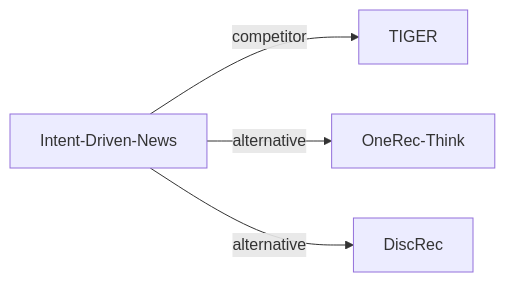
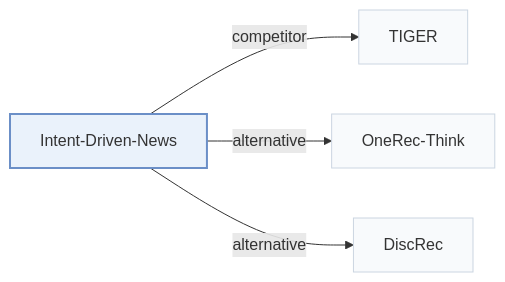
The second of 2 diagrams in pages/papers/intent-driven-news.md (Galaxy-ghost/Awesome-SID-Generative-Rec), drawn with Mermaid before and after one commit. The commit also changed other lines of this file and 649 other files, not shown here.

Commit message:
writer-05: also tags and modality index (schema, check, build, visuals); summary field removed; calibration data for 12 papers

````diff
--- a/pages/papers/intent-driven-news.md
+++ b/pages/papers/intent-driven-news.md
@@ -68,7 +74,11 @@
 ```mermaid
 flowchart LR
     P["Intent-Driven-News"]
-    P -->|competitor| A["TIGER"]
-    P -->|alternative| B["OneRec-Think"]
-    P -->|alternative| C["DiscRec"]
+    P -->|"competitor"| A["TIGER"]
+    P -->|"alternative"| B["OneRec-Think"]
+    P -->|"alternative"| C["DiscRec"]
+    classDef main fill:#eaf2fb,stroke:#6b8fc7,stroke-width:2px
+    classDef peer fill:#f8fafc,stroke:#cbd5e1
+    class P main
+    class A,B,C peer
 ```
````
